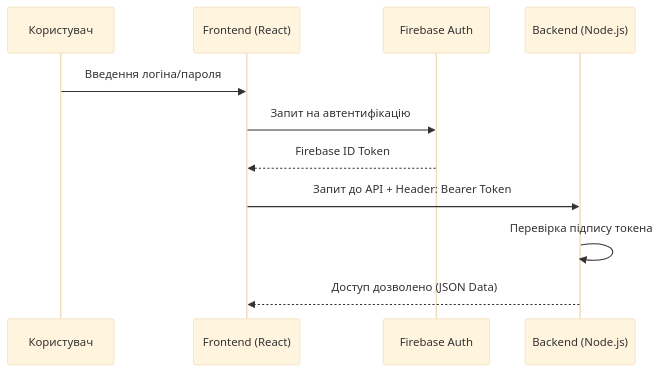
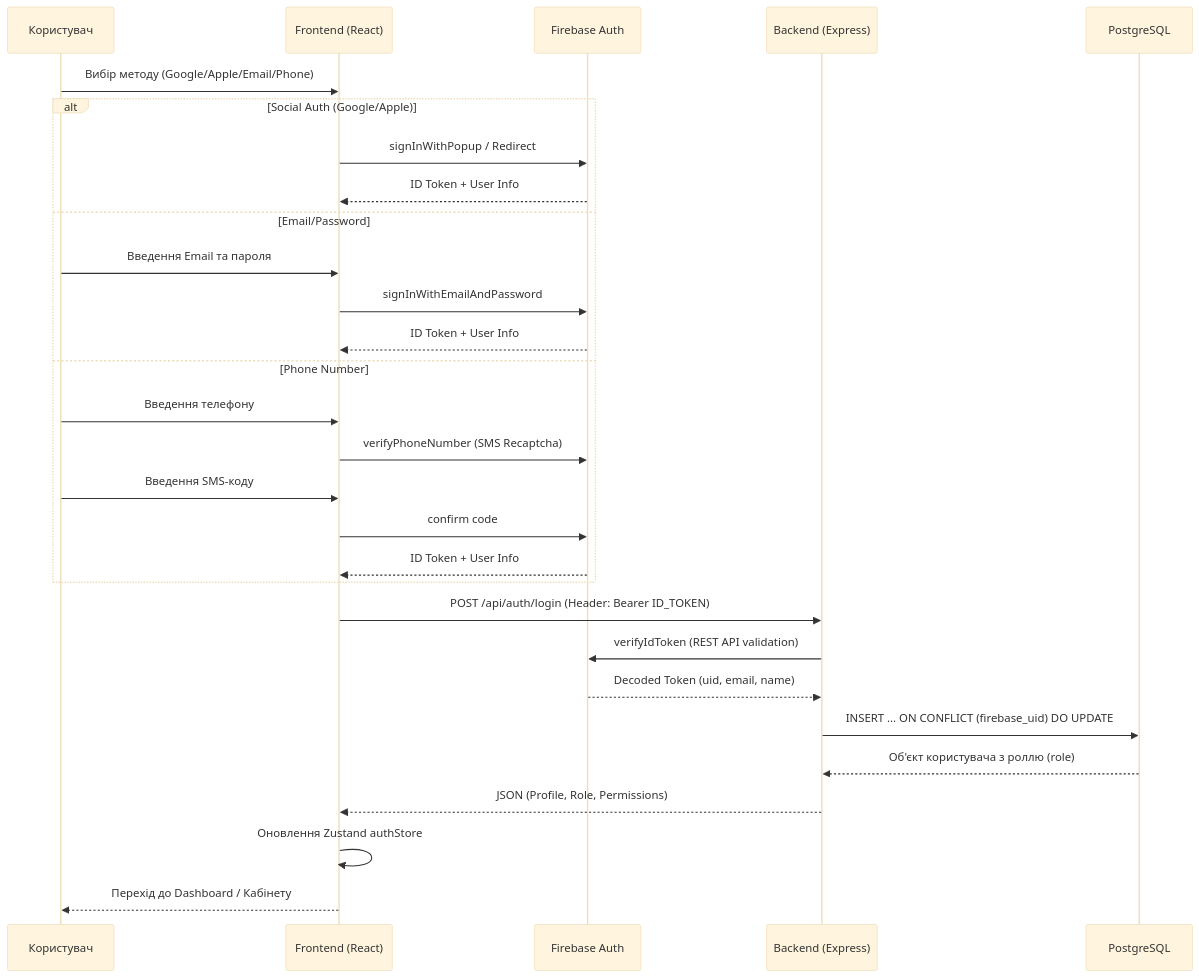
Before and after one commit to Alexxxsashka/Hristo: the eighth of 16 diagrams in DIPLOMA_FULL_TEXT_EXPANDED.md, drawn with Mermaid (base theme). The commit also changed other lines of this file, not shown here.

Commit message:
docs: update auth sequence diagram with multi-method support (OAuth, Email, Phone)

````diff
--- a/DIPLOMA_FULL_TEXT_EXPANDED.md
+++ b/DIPLOMA_FULL_TEXT_EXPANDED.md
@@ -386,14 +386,36 @@
 ```mermaid
 sequenceDiagram
     participant U as Користувач
     participant F as Frontend (React)
-    participant Auth as Firebase Auth
-    participant B as Backend (Node.js)
+    participant FA as Firebase Auth
+    participant B as Backend (Express)
+    participant DB as PostgreSQL
+
+    U->>F: Вибір методу (Google/Apple/Email/Phone)
     
-    U->>F: Введення логіна/пароля
-    F->>Auth: Запит на автентифікацію
-    Auth-->>F: Firebase ID Token
-    F->>B: Запит до API + Header: Bearer Token
-    B->>B: Перевірка підпису токена
-    B-->>F: Доступ дозволено (JSON Data)
+    alt Social Auth (Google/Apple)
+        F->>FA: signInWithPopup / Redirect
+        FA-->>F: ID Token + User Info
+    else Email/Password
+        U->>F: Введення Email та пароля
+        F->>FA: signInWithEmailAndPassword
+        FA-->>F: ID Token + User Info
+    else Phone Number
+        U->>F: Введення телефону
+        F->>FA: verifyPhoneNumber (SMS Recaptcha)
+        U->>F: Введення SMS-коду
+        F->>FA: confirm code
+        FA-->>F: ID Token + User Info
+    end
+
+    F->>B: POST /api/auth/login (Header: Bearer ID_TOKEN)
+    B->>FA: verifyIdToken (REST API validation)
+    FA-->>B: Decoded Token (uid, email, name)
+    
+    B->>DB: INSERT ... ON CONFLICT (firebase_uid) DO UPDATE
+    DB-->>B: Об'єкт користувача з роллю (role)
+    
+    B-->>F: JSON (Profile, Role, Permissions)
+    F->>F: Оновлення Zustand authStore
+    F-->>U: Перехід до Dashboard / Кабінету
 ```
````
